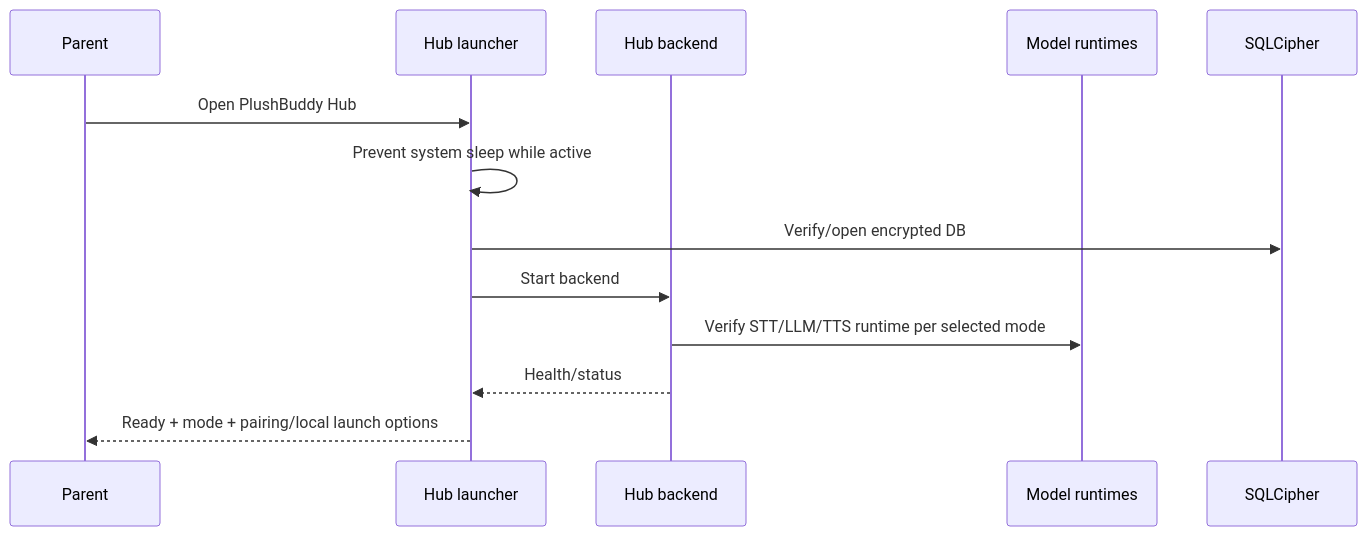
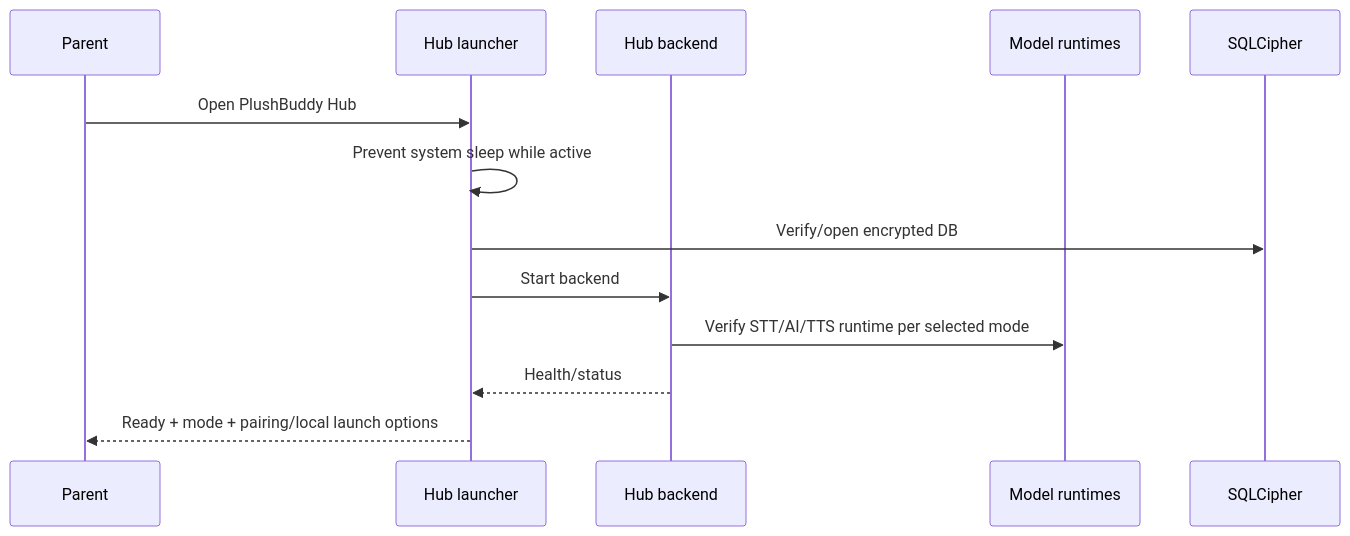
Before and after one commit to palwe-prafulla/plushpal: the second of 4 diagrams in docs/architecture/SYSTEM_DESIGN.md, drawn with Mermaid. The commit also changed other lines of this file and 103 other files, not shown here.

````diff
--- a/docs/architecture/SYSTEM_DESIGN.md
+++ b/docs/architecture/SYSTEM_DESIGN.md
@@ -381,16 +426,16 @@
 ```mermaid
 sequenceDiagram
     participant Parent
     participant Shell as Hub launcher
     participant Hub as Hub backend
     participant Models as Model runtimes
     participant DB as SQLCipher
 
     Parent->>Shell: Open PlushBuddy Hub
     Shell->>Shell: Prevent system sleep while active
     Shell->>DB: Verify/open encrypted DB
     Shell->>Hub: Start backend
-    Hub->>Models: Verify STT/LLM/TTS runtime per selected mode
+    Hub->>Models: Verify STT/AI/TTS runtime per selected mode
     Hub-->>Shell: Health/status
     Shell-->>Parent: Ready + mode + pairing/local launch options
 ```
````
